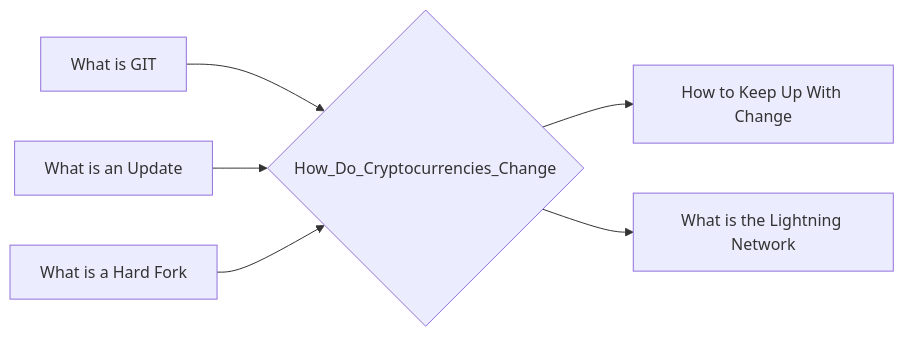
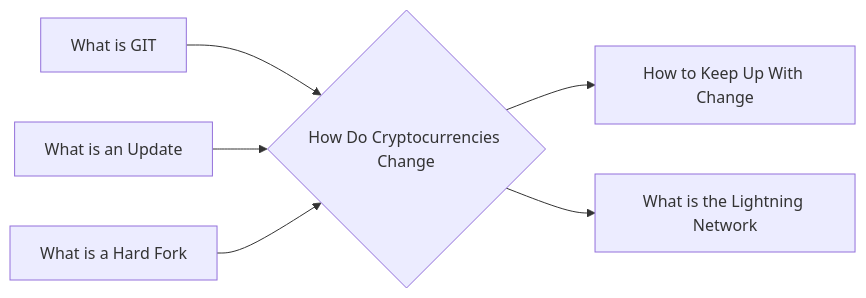
The diagram in notes/How_Do_Cryptocurrencies_Change.md (lpurdy01/crypto-knowledge-map), drawn with Mermaid before and after one commit. The commit also changed 58 other files, not shown here.

````diff
--- a/notes/How_Do_Cryptocurrencies_Change.md
+++ b/notes/How_Do_Cryptocurrencies_Change.md
@@ -12,8 +12,8 @@
 ```mermaid
 graph LR
-1["What is GIT"]-->0{"How_Do_Cryptocurrencies_Change"}
-2["What is an Update"]-->0{"How_Do_Cryptocurrencies_Change"}
-3["What is a Hard Fork"]-->0{"How_Do_Cryptocurrencies_Change"}
-0{"How_Do_Cryptocurrencies_Change"}-->4["How to Keep Up With Change"]
-0{"How_Do_Cryptocurrencies_Change"}-->5["What is the Lightning Network"]
+1["What is GIT"]-->0{"How Do Cryptocurrencies Change"}
+2["What is an Update"]-->0{"How Do Cryptocurrencies Change"}
+3["What is a Hard Fork"]-->0{"How Do Cryptocurrencies Change"}
+0{"How Do Cryptocurrencies Change"}-->4["How to Keep Up With Change"]
+0{"How Do Cryptocurrencies Change"}-->5["What is the Lightning Network"]
 ```
````
